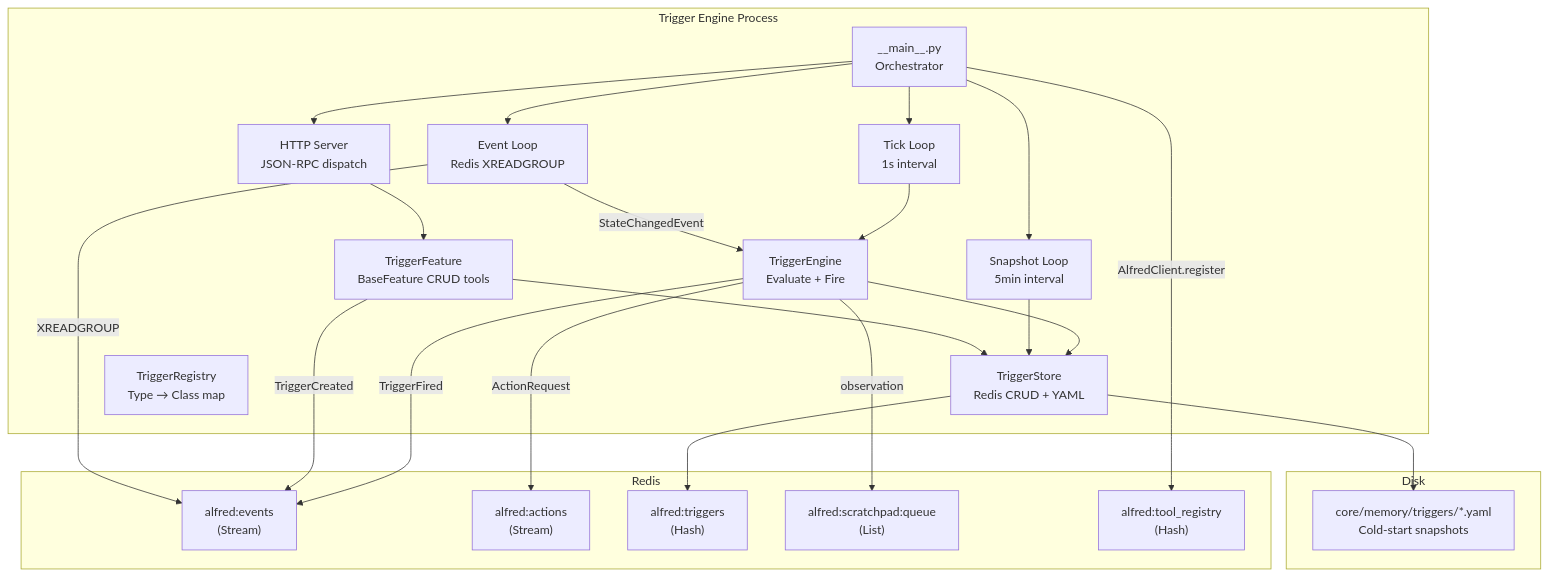
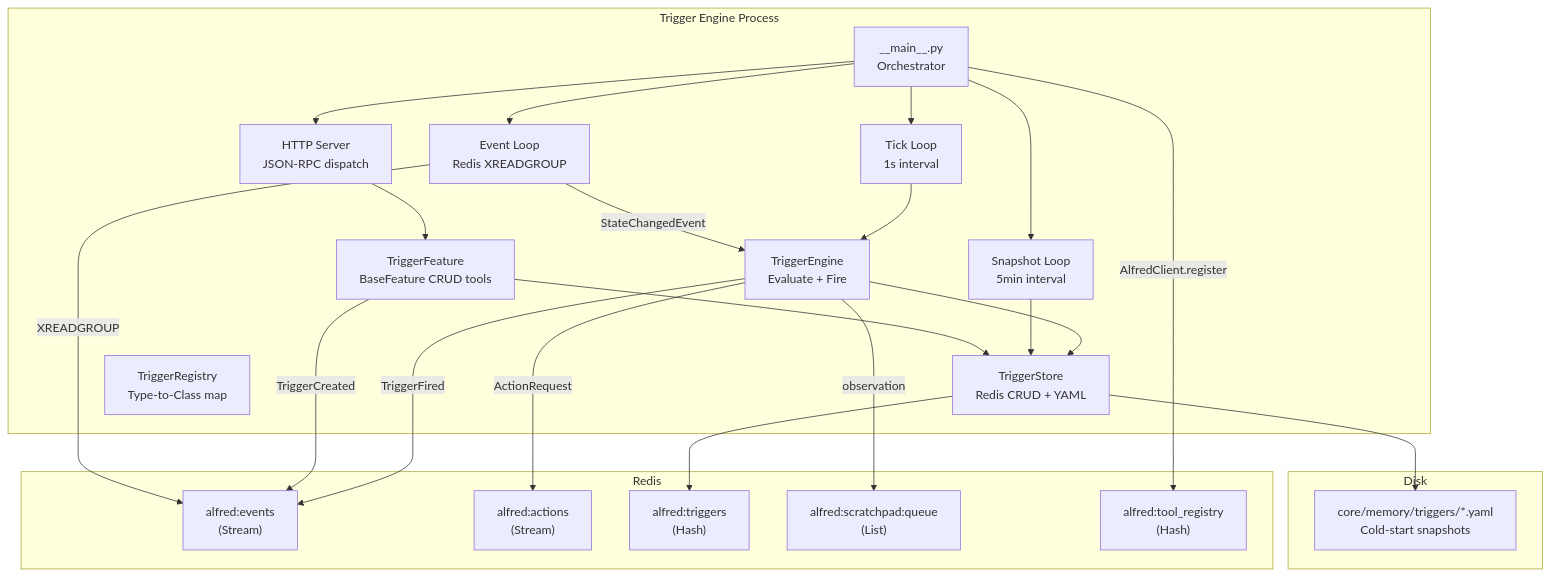
Before and after one commit to anirudhlath/alfred: the first of 5 diagrams in docs/trigger-engine.md, drawn with Mermaid. The commit also changed other lines of this file, not shown here.

First line of the commit message:
fix(docs): replace arrow chars in mermaid node labels

````diff
--- a/docs/trigger-engine.md
+++ b/docs/trigger-engine.md
@@ -21,50 +21,50 @@
 ```mermaid
 graph TB
     subgraph "Trigger Engine Process"
         Main["__main__.py<br/>Orchestrator"]
         TickLoop["Tick Loop<br/>1s interval"]
         EventLoop["Event Loop<br/>Redis XREADGROUP"]
         SnapLoop["Snapshot Loop<br/>5min interval"]
         Engine["TriggerEngine<br/>Evaluate + Fire"]
         Store["TriggerStore<br/>Redis CRUD + YAML"]
         Feature["TriggerFeature<br/>BaseFeature CRUD tools"]
         Server["HTTP Server<br/>JSON-RPC dispatch"]
-        Registry["TriggerRegistry<br/>Type → Class map"]
+        Registry["TriggerRegistry<br/>Type-to-Class map"]
     end
 
     subgraph "Redis"
         Events["alfred:events<br/>(Stream)"]
         Actions["alfred:actions<br/>(Stream)"]
         Triggers["alfred:triggers<br/>(Hash)"]
         Scratchpad["alfred:scratchpad:queue<br/>(List)"]
         ToolReg["alfred:tool_registry<br/>(Hash)"]
     end
 
     subgraph "Disk"
         YAML["core/memory/triggers/*.yaml<br/>Cold-start snapshots"]
     end
 
     Main --> TickLoop
     Main --> EventLoop
     Main --> SnapLoop
     Main --> Server
 
     TickLoop --> Engine
     EventLoop -->|StateChangedEvent| Engine
     Engine --> Store
     Engine -->|ActionRequest| Actions
     Engine -->|TriggerFired| Events
     Engine -->|observation| Scratchpad
 
     Store --> Triggers
     Store --> YAML
     SnapLoop --> Store
 
     Feature --> Store
     Feature -->|TriggerCreated| Events
     Server --> Feature
 
     Main -->|AlfredClient.register| ToolReg
 
     EventLoop -->|XREADGROUP| Events
 ```
````
